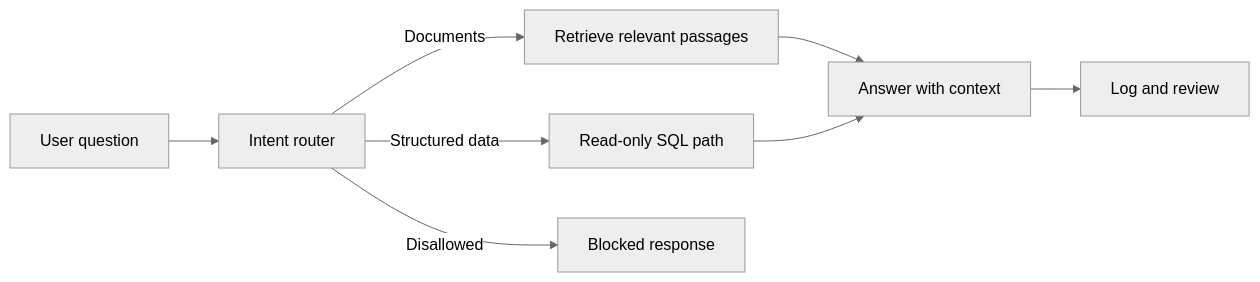
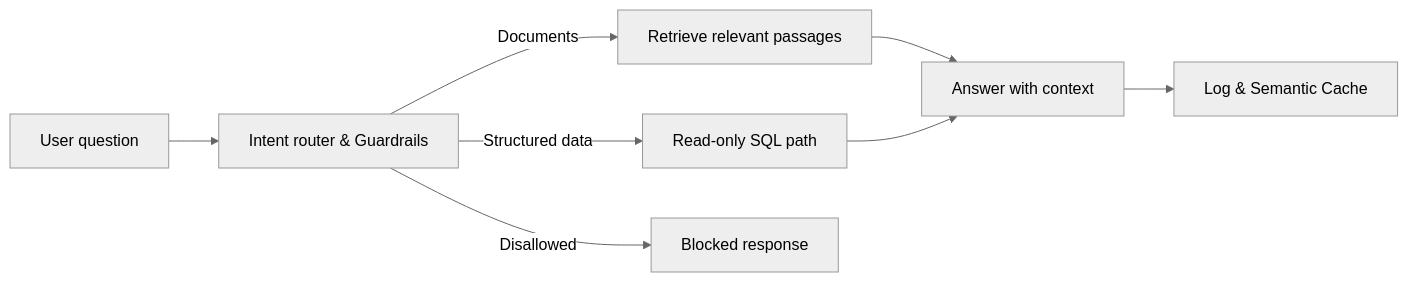
One commit to nour2303/firm-assistant changed the diagram in README.md. Above: the diagram before and after it, drawn with Mermaid (neutral theme). The commit also changed other lines of this file, not shown here.

````diff
--- a/README.md
+++ b/README.md
@@ -7,10 +7,10 @@
 ```mermaid
 flowchart LR
-    Q[User question] --> R[Intent router]
+    Q[User question] --> R[Intent router & Guardrails]
     R -->|Documents| D[Retrieve relevant passages]
     R -->|Structured data| S[Read-only SQL path]
     R -->|Disallowed| B[Blocked response]
     D --> A[Answer with context]
     S --> A
-    A --> L[Log and review]
+    A --> L[Log & Semantic Cache]
 ```
````
